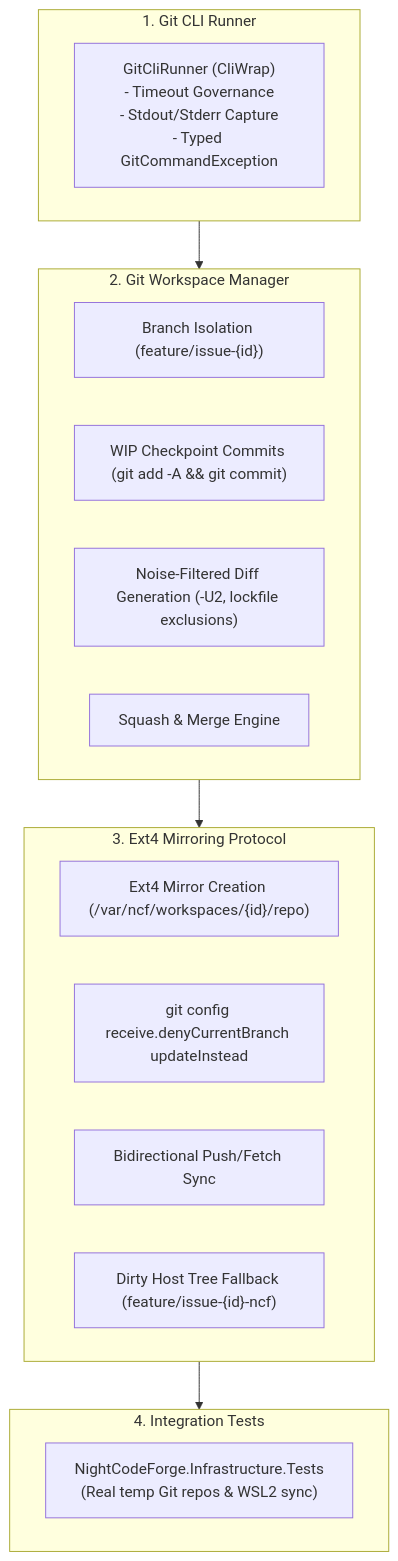
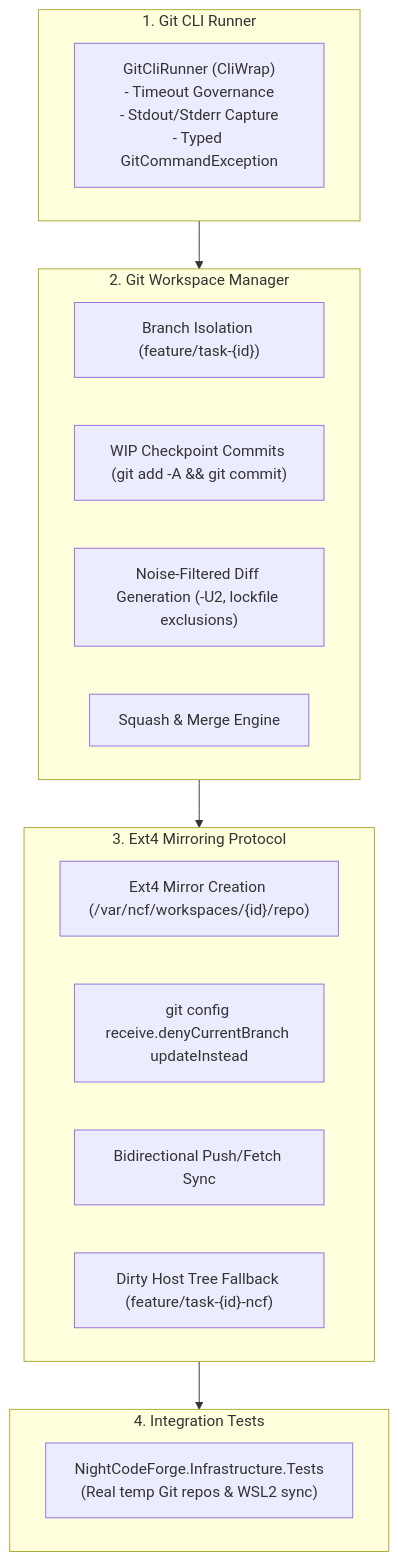
Before and after one commit to jetelain/NightCodeForge: the diagram in docs/plan/02_GIT_SUBSYSTEM_AND_EXT4_MIRROR.md, drawn with Mermaid. The commit also changed other lines of this file and 151 other files, not shown here.

Commit message:
Issue -> Task

````diff
--- a/docs/plan/02_GIT_SUBSYSTEM_AND_EXT4_MIRROR.md
+++ b/docs/plan/02_GIT_SUBSYSTEM_AND_EXT4_MIRROR.md
@@ -16,28 +16,28 @@
 ```mermaid
 flowchart TD
     subgraph Step1 ["1. Git CLI Runner"]
         CliWrap["GitCliRunner (CliWrap)\n- Timeout Governance\n- Stdout/Stderr Capture\n- Typed GitCommandException"]
     end
 
     subgraph Step2 ["2. Git Workspace Manager"]
-        Branches["Branch Isolation (feature/issue-{id})"]
+        Branches["Branch Isolation (feature/task-{id})"]
         Wip["WIP Checkpoint Commits (git add -A && git commit)"]
         Diffs["Noise-Filtered Diff Generation (-U2, lockfile exclusions)"]
         Squash["Squash & Merge Engine"]
     end
 
     subgraph Step3 ["3. Ext4 Mirroring Protocol"]
         MirrorSetup["Ext4 Mirror Creation (/var/ncf/workspaces/{id}/repo)"]
         ConfigUpdate["git config receive.denyCurrentBranch updateInstead"]
         SyncPush["Bidirectional Push/Fetch Sync"]
-        DirtyFallback["Dirty Host Tree Fallback (feature/issue-{id}-ncf)"]
+        DirtyFallback["Dirty Host Tree Fallback (feature/task-{id}-ncf)"]
     end
 
     subgraph Step4 ["4. Integration Tests"]
         Tests["NightCodeForge.Infrastructure.Tests\n(Real temp Git repos & WSL2 sync)"]
     end
 
     Step1 --> Step2
     Step2 --> Step3
     Step3 --> Step4
 ```
````
